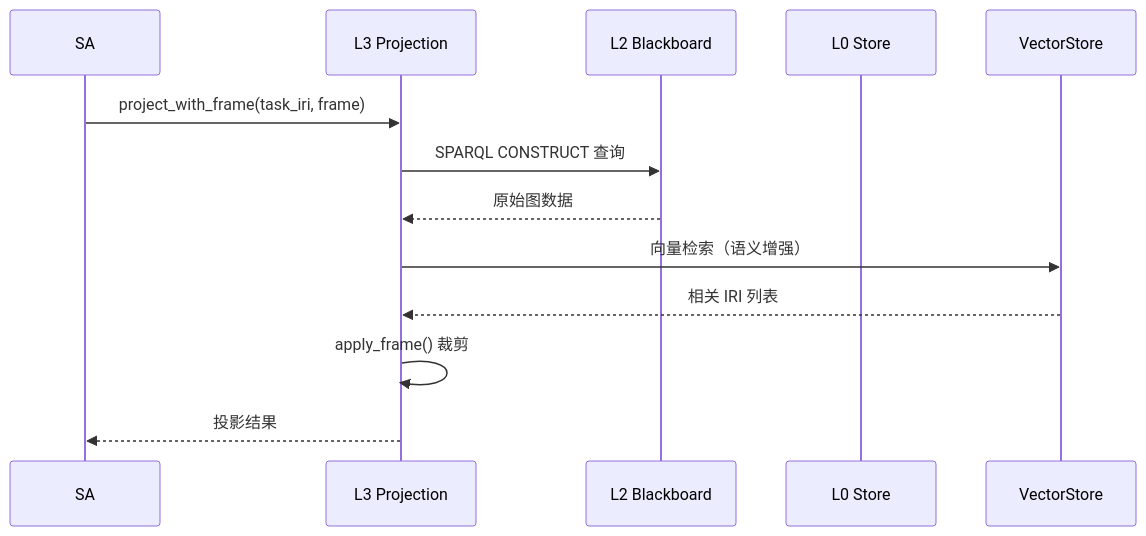
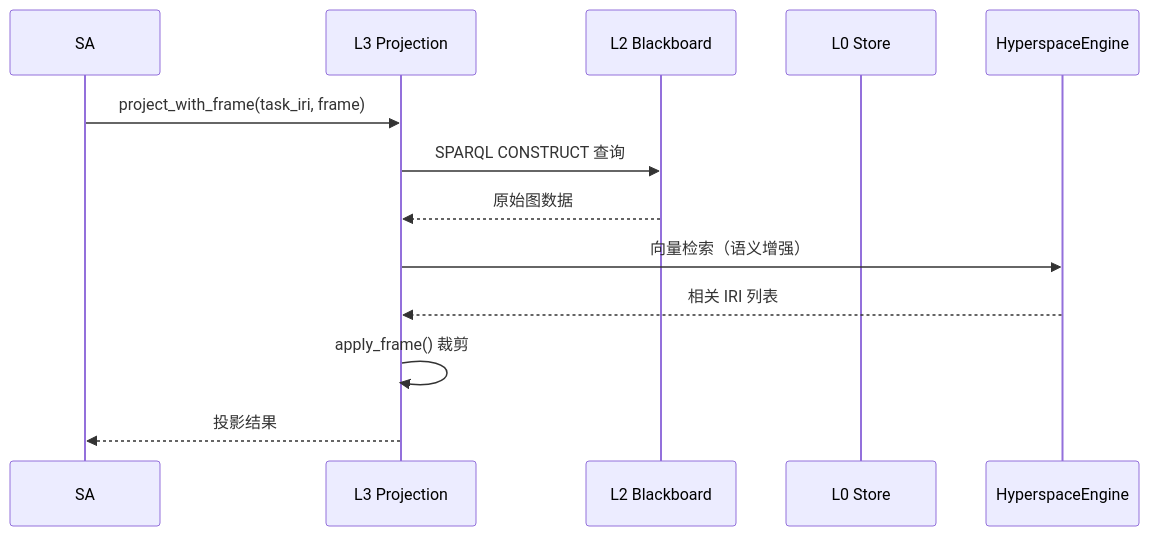
The third of 6 diagrams in docs/03-memory-system.md (skaiy/Wild_AgentOS), drawn with Mermaid before and after one commit. The commit also changed other lines of this file and 8 other files, not shown here.

````diff
--- a/docs/03-memory-system.md
+++ b/docs/03-memory-system.md
@@ -389,16 +388,16 @@
 ```mermaid
 sequenceDiagram
     participant SA
     participant L3 as L3 Projection
     participant L2 as L2 Blackboard
     participant L0 as L0 Store
-    participant VS as VectorStore
+    participant HE as HyperspaceEngine
 
     SA->>L3: project_with_frame(task_iri, frame)
     L3->>L2: SPARQL CONSTRUCT 查询
     L2-->>L3: 原始图数据
-    L3->>VS: 向量检索（语义增强）
-    VS-->>L3: 相关 IRI 列表
+    L3->>HE: 向量检索（语义增强）
+    HE-->>L3: 相关 IRI 列表
     L3->>L3: apply_frame() 裁剪
     L3-->>SA: 投影结果
 ```
````
